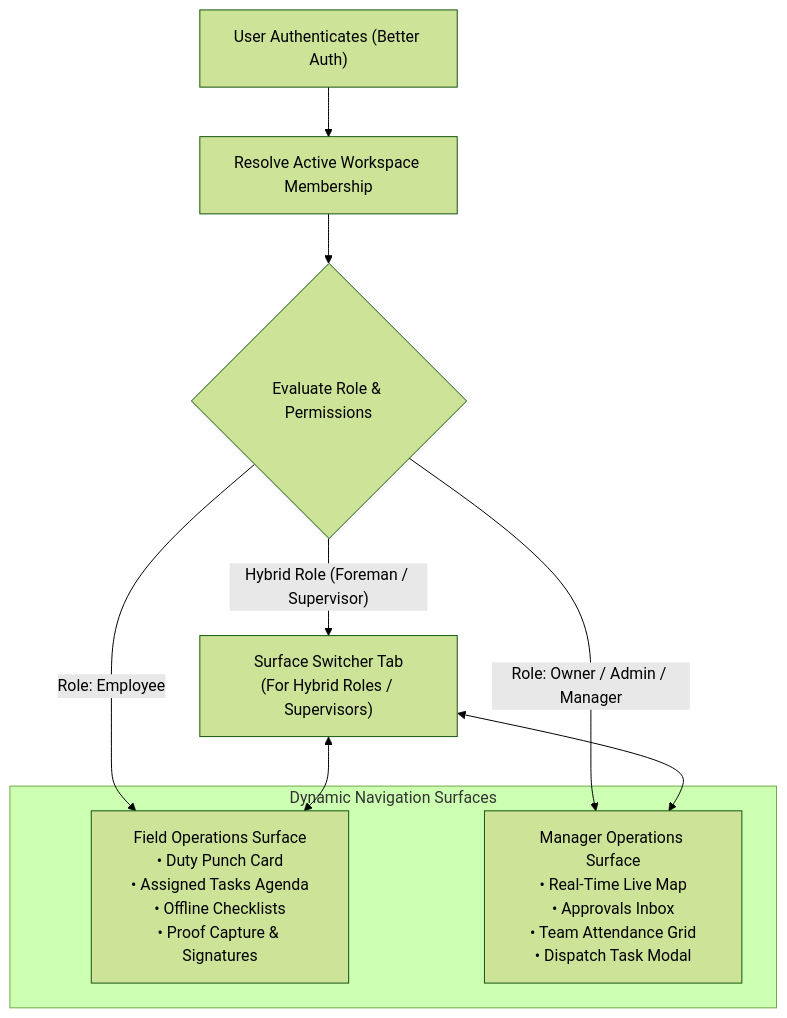
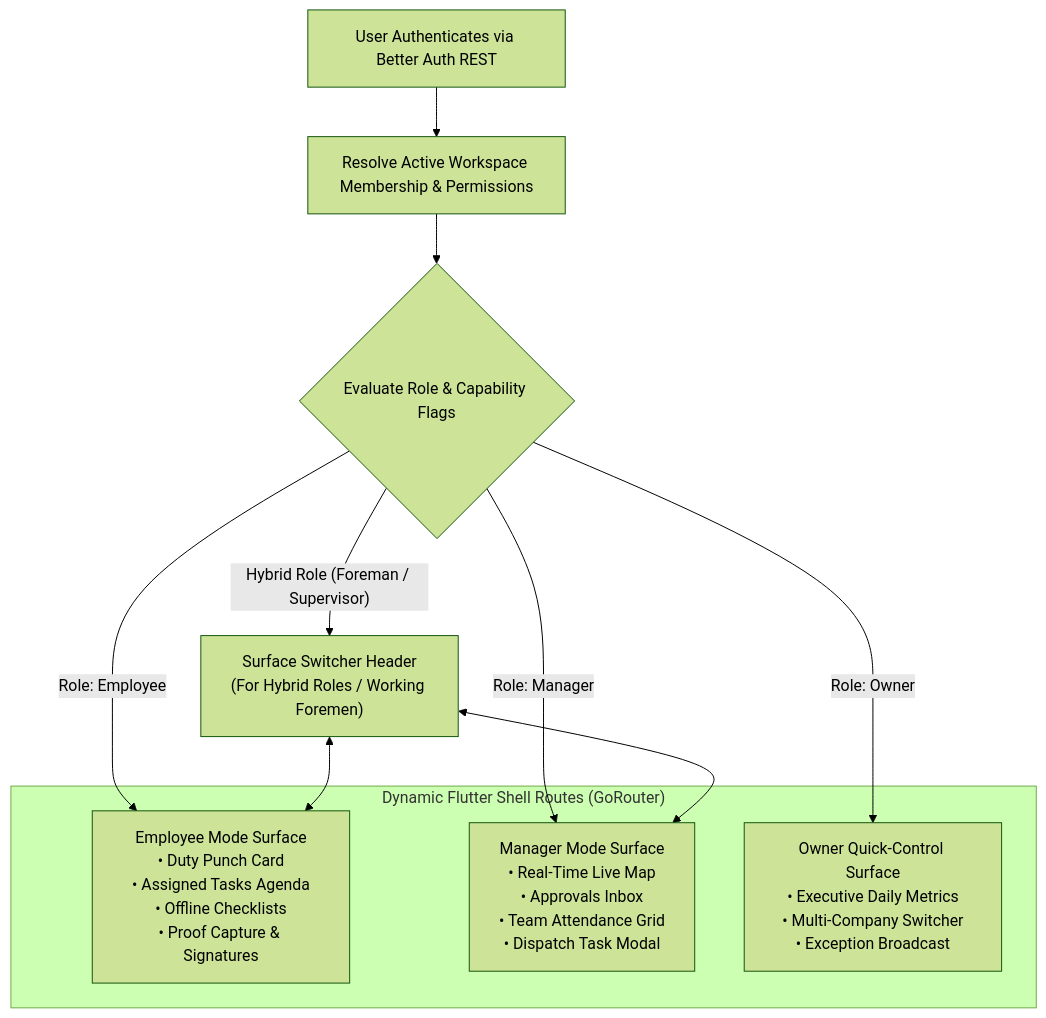
The diagram in docs/architecture/ADR-020-mobile-packaging.md (djsushilkumar/oprino), drawn with Mermaid (forest theme) before and after one commit. The commit also changed other lines of this file and 151 other files, not shown here.

Commit message:
chore: freeze Flutter architecture and Phase 01B baseline

````diff
--- a/docs/architecture/ADR-020-mobile-packaging.md
+++ b/docs/architecture/ADR-020-mobile-packaging.md
@@ -76,19 +97,21 @@
 ```mermaid
 flowchart TD
-    LOGIN["User Authenticates (Better Auth)"]
-    MEMBERSHIP["Resolve Active Workspace Membership"]
-    ROLE_CHECK{"Evaluate Role & Permissions"}
+    LOGIN["User Authenticates via Better Auth REST"]
+    MEMBERSHIP["Resolve Active Workspace Membership & Permissions"]
+    ROLE_CHECK{"Evaluate Role & Capability Flags"}
 
-    subgraph Surfaces["Dynamic Navigation Surfaces"]
-        FIELD["Field Operations Surface<br>• Duty Punch Card<br>• Assigned Tasks Agenda<br>• Offline Checklists<br>• Proof Capture & Signatures"]
-        MANAGER["Manager Operations Surface<br>• Real-Time Live Map<br>• Approvals Inbox<br>• Team Attendance Grid<br>• Dispatch Task Modal"]
+    subgraph Surfaces["Dynamic Flutter Shell Routes (GoRouter)"]
+        FIELD["Employee Mode Surface<br>• Duty Punch Card<br>• Assigned Tasks Agenda<br>• Offline Checklists<br>• Proof Capture & Signatures"]
+        MANAGER["Manager Mode Surface<br>• Real-Time Live Map<br>• Approvals Inbox<br>• Team Attendance Grid<br>• Dispatch Task Modal"]
+        OWNER["Owner Quick-Control Surface<br>• Executive Daily Metrics<br>• Multi-Company Switcher<br>• Exception Broadcast"]
     end
 
-    SWITCHER["Surface Switcher Tab<br>(For Hybrid Roles / Supervisors)"]
+    SWITCHER["Surface Switcher Header<br>(For Hybrid Roles / Working Foremen)"]
 
     LOGIN --> MEMBERSHIP --> ROLE_CHECK
     ROLE_CHECK -- "Role: Employee" --> FIELD
-    ROLE_CHECK -- "Role: Owner / Admin / Manager" --> MANAGER
+    ROLE_CHECK -- "Role: Manager" --> MANAGER
+    ROLE_CHECK -- "Role: Owner" --> OWNER
     ROLE_CHECK -- "Hybrid Role (Foreman / Supervisor)" --> SWITCHER
     SWITCHER <--> FIELD & MANAGER
 ```
````
